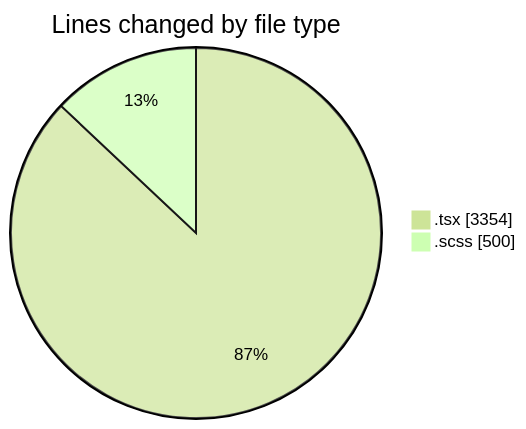
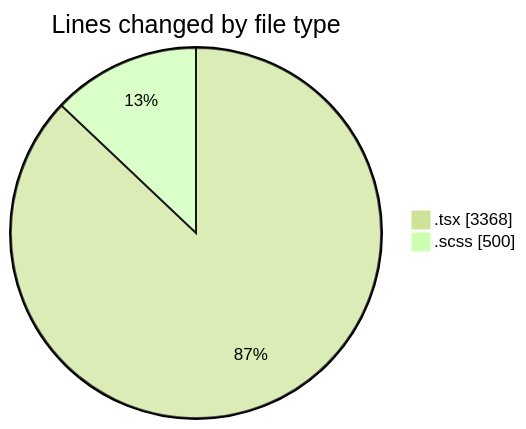
Before and after one commit to momahboobian/code-tracking: the first of 2 diagrams in 2025-04-10/cda/README.md, drawn with Mermaid (forest theme). The commit also changed other lines of this file and 1 other file, not shown here.

````diff
--- a/2025-04-10/cda/README.md
+++ b/2025-04-10/cda/README.md
@@ -26,6 +26,6 @@
 ```mermaid
 pie showData
 title Lines changed by file type
-".tsx" : 3354
+".tsx" : 3368
 ".scss" : 500
 ```
````
